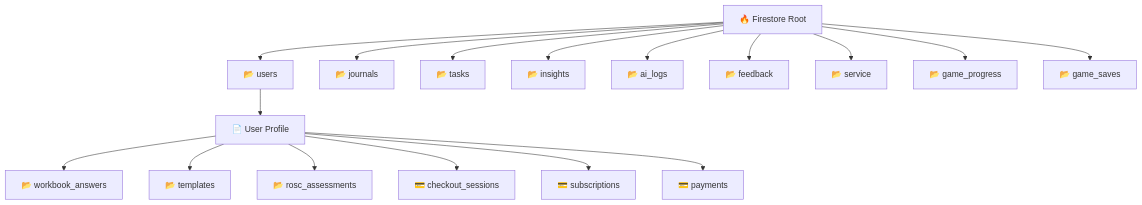
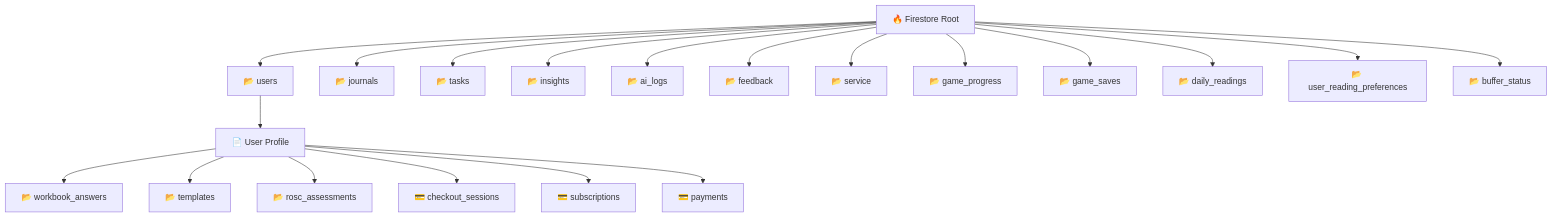
Before and after one commit to rpdouglas/MRT2: the diagram in docs/SCHEMA_ARCHITECTURE.md, drawn with Mermaid. The commit also changed other lines of this file and 5 other files, not shown here.

````diff
--- a/docs/SCHEMA_ARCHITECTURE.md
+++ b/docs/SCHEMA_ARCHITECTURE.md
@@ -8,22 +8,25 @@
 ```mermaid
 graph TD
     root[🔥 Firestore Root]
 
     root --> users[📂 users]
     users --> userDoc[📄 User Profile]
     userDoc --> workbook_answers[📂 workbook_answers]
     userDoc --> templates[📂 templates]
     userDoc --> rosc_assessments[📂 rosc_assessments]
     userDoc --> checkout_sessions[💳 checkout_sessions]
     userDoc --> subscriptions[💳 subscriptions]
     userDoc --> payments[💳 payments]
 
     root --> journals[📂 journals]
     root --> tasks[📂 tasks]
     root --> insights[📂 insights]
     root --> ai_logs[📂 ai_logs]
     root --> feedback[📂 feedback]
     root --> service[📂 service]
     root --> game_progress[📂 game_progress]
     root --> game_saves[📂 game_saves]
+    root --> daily_readings[📂 daily_readings]
+    root --> user_reading_preferences[📂 user_reading_preferences]
+    root --> buffer_status[📂 buffer_status]
 ```
````
